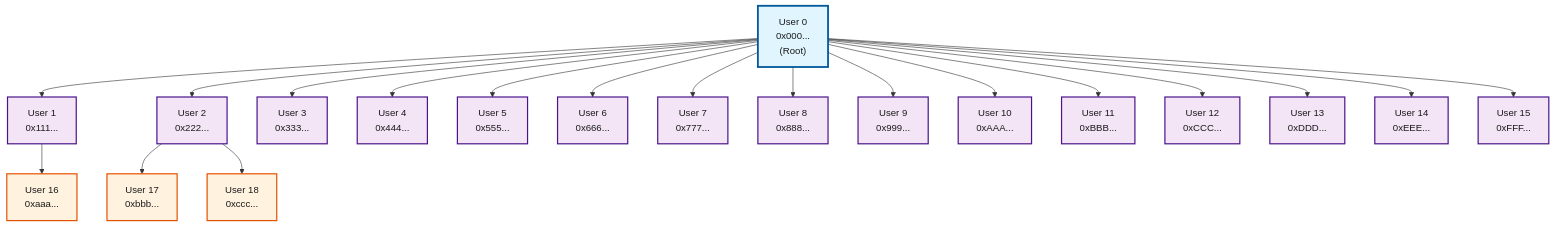
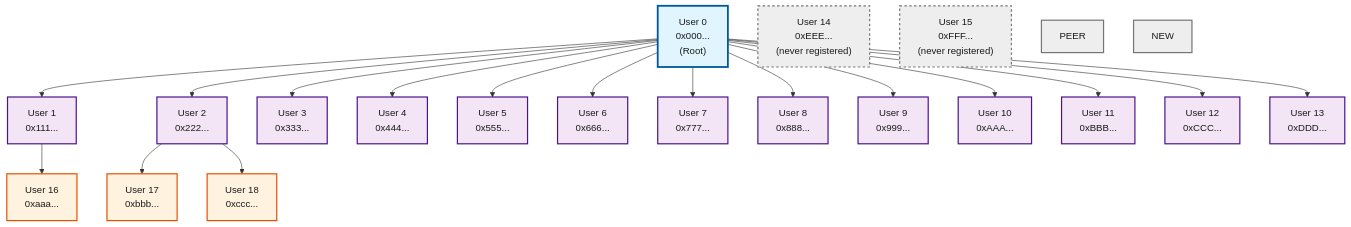
Before and after one commit to trentlarson/endorser-ch: the first of 4 diagrams in test/README.md, drawn with Mermaid. The commit also changed other lines of this file, not shown here.

Commit message:
fix the visibility graph for test data

````diff
--- a/test/README.md
+++ b/test/README.md
@@ -9,44 +9,46 @@
 ```mermaid
 graph TD
     U0["User 0<br/>0x000...<br/>(Root)"]
     
     U0 --> U1["User 1<br/>0x111..."]
     U0 --> U2["User 2<br/>0x222..."]
     U0 --> U3["User 3<br/>0x333..."]
     U0 --> U4["User 4<br/>0x444..."]
     U0 --> U5["User 5<br/>0x555..."]
     U0 --> U6["User 6<br/>0x666..."]
     U0 --> U7["User 7<br/>0x777..."]
     U0 --> U8["User 8<br/>0x888..."]
     U0 --> U9["User 9<br/>0x999..."]
     U0 --> U10["User 10<br/>0xAAA..."]
     U0 --> U11["User 11<br/>0xBBB..."]
     U0 --> U12["User 12<br/>0xCCC..."]
     U0 --> U13["User 13<br/>0xDDD..."]
-    U0 --> U14["User 14<br/>0xEEE..."]
-    U0 --> U15["User 15<br/>0xFFF..."]
+    U14["User 14<br/>0xEEE...<br/>(never registered)"]
+    U15["User 15<br/>0xFFF...<br/>(never registered)"]
     
     U1 --> U16["User 16<br/>0xaaa..."]
     U2 --> U17["User 17<br/>0xbbb..."]
     U2 --> U18["User 18<br/>0xccc..."]
     
     style U0 fill:#e1f5ff,stroke:#01579b,stroke-width:3px,color:#1a1a1a
     style U1 fill:#f3e5f5,stroke:#4a148c,stroke-width:2px,color:#1a1a1a
     style U2 fill:#f3e5f5,stroke:#4a148c,stroke-width:2px,color:#1a1a1a
     style U3 fill:#f3e5f5,stroke:#4a148c,stroke-width:2px,color:#1a1a1a
     style U4 fill:#f3e5f5,stroke:#4a148c,stroke-width:2px,color:#1a1a1a
     style U5 fill:#f3e5f5,stroke:#4a148c,stroke-width:2px,color:#1a1a1a
     style U6 fill:#f3e5f5,stroke:#4a148c,stroke-width:2px,color:#1a1a1a
     style U7 fill:#f3e5f5,stroke:#4a148c,stroke-width:2px,color:#1a1a1a
     style U8 fill:#f3e5f5,stroke:#4a148c,stroke-width:2px,color:#1a1a1a
     style U9 fill:#f3e5f5,stroke:#4a148c,stroke-width:2px,color:#1a1a1a
     style U10 fill:#f3e5f5,stroke:#4a148c,stroke-width:2px,color:#1a1a1a
     style U11 fill:#f3e5f5,stroke:#4a148c,stroke-width:2px,color:#1a1a1a
     style U12 fill:#f3e5f5,stroke:#4a148c,stroke-width:2px,color:#1a1a1a
     style U13 fill:#f3e5f5,stroke:#4a148c,stroke-width:2px,color:#1a1a1a
-    style U14 fill:#f3e5f5,stroke:#4a148c,stroke-width:2px,color:#1a1a1a
-    style U15 fill:#f3e5f5,stroke:#4a148c,stroke-width:2px,color:#1a1a1a
+    style U14 fill:#eeeeee,stroke:#757575,stroke-width:2px,stroke-dasharray:4,color:#1a1a1a
+    style U15 fill:#eeeeee,stroke:#757575,stroke-width:2px,stroke-dasharray:4,color:#1a1a1a
     style U16 fill:#fff3e0,stroke:#e65100,stroke-width:2px,color:#1a1a1a
     style U17 fill:#fff3e0,stroke:#e65100,stroke-width:2px,color:#1a1a1a
     style U18 fill:#fff3e0,stroke:#e65100,stroke-width:2px,color:#1a1a1a
+    style PEER fill:#eeeeee,stroke:#757575,stroke-width:2px,color:#1a1a1a
+    style NEW fill:#eeeeee,stroke:#757575,stroke-width:2px,color:#1a1a1a
 ```
````
